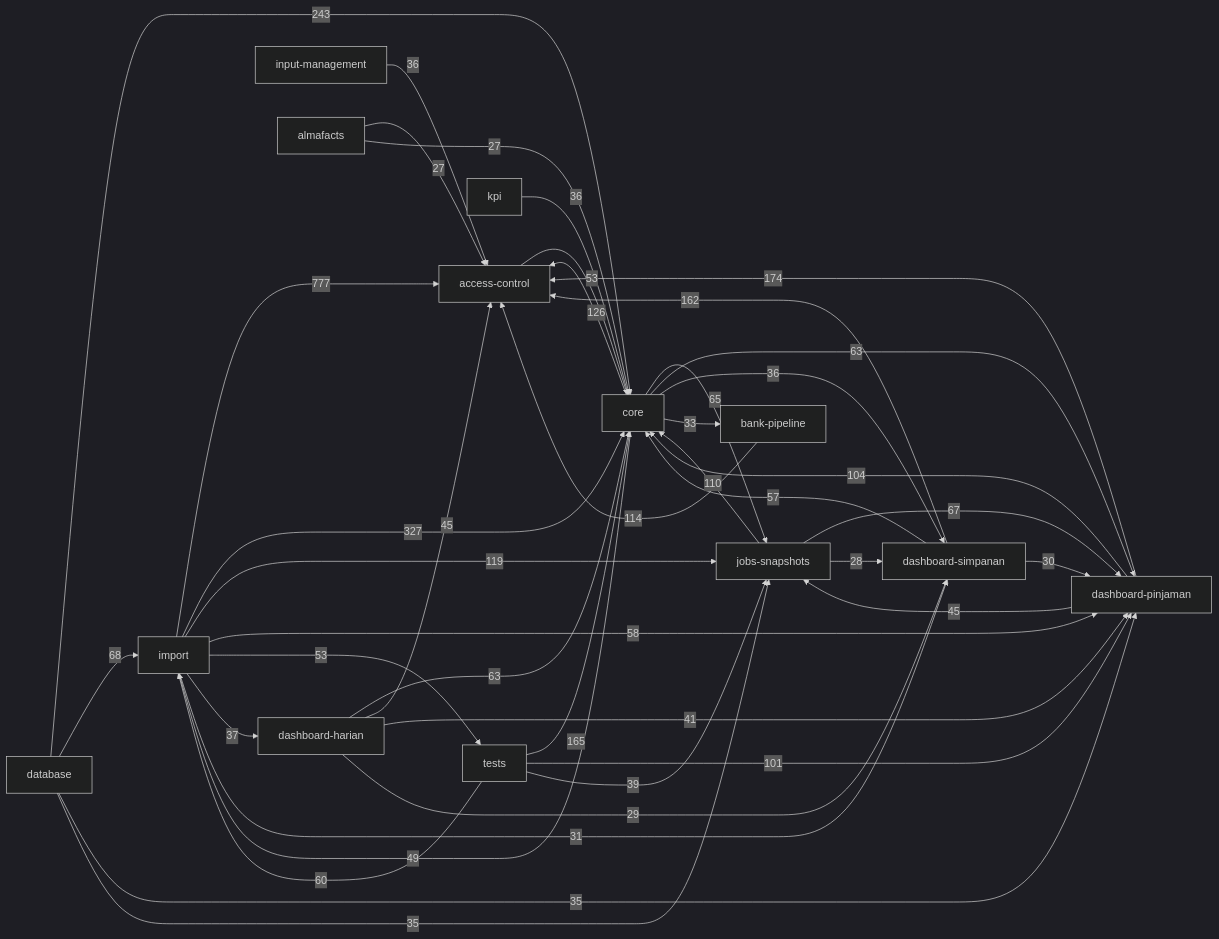
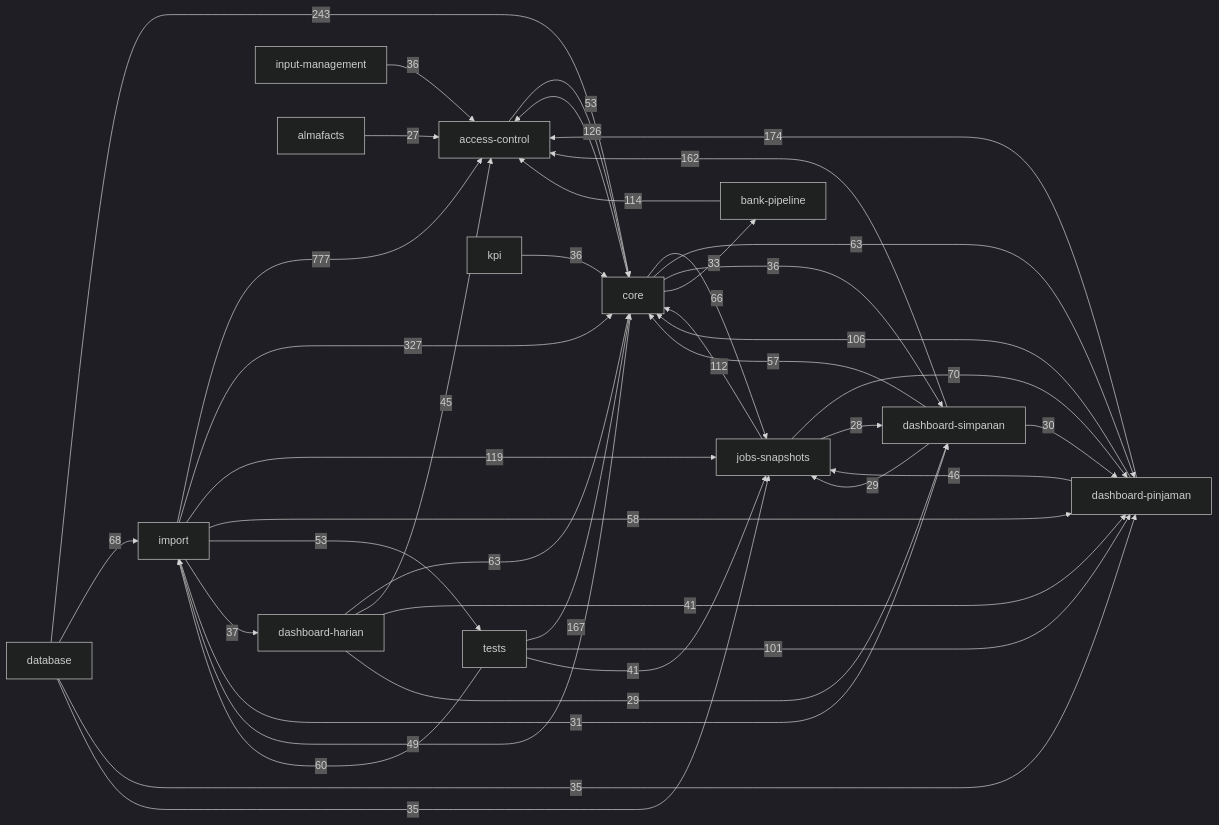
One commit to RizalloN/project-abah changed the diagram in docs/knowledge-graph/ARCHITECTURE.md. Above: the diagram before and after it, drawn with Mermaid (dark theme). The commit also changed other lines of this file and 30 other files, not shown here.

````diff
--- a/docs/knowledge-graph/ARCHITECTURE.md
+++ b/docs/knowledge-graph/ARCHITECTURE.md
@@ -5,43 +5,43 @@
 ```mermaid
 flowchart LR
     d_d942f64886["import"] -->|777| d_c393a69167["access-control"]
     d_d942f64886["import"] -->|327| d_0d45f5fd46["core"]
     d_3549b0028b["database"] -->|243| d_0d45f5fd46["core"]
     d_c1933689a3["dashboard-pinjaman"] -->|174| d_c393a69167["access-control"]
-    d_59830ebc3a["tests"] -->|165| d_0d45f5fd46["core"]
+    d_59830ebc3a["tests"] -->|167| d_0d45f5fd46["core"]
     d_90026ec21f["dashboard-simpanan"] -->|162| d_c393a69167["access-control"]
     d_0d45f5fd46["core"] -->|126| d_c393a69167["access-control"]
     d_d942f64886["import"] -->|119| d_7c16aa6a77["jobs-snapshots"]
     d_39bcb775e4["bank-pipeline"] -->|114| d_c393a69167["access-control"]
-    d_7c16aa6a77["jobs-snapshots"] -->|110| d_0d45f5fd46["core"]
-    d_c1933689a3["dashboard-pinjaman"] -->|104| d_0d45f5fd46["core"]
+    d_7c16aa6a77["jobs-snapshots"] -->|112| d_0d45f5fd46["core"]
+    d_c1933689a3["dashboard-pinjaman"] -->|106| d_0d45f5fd46["core"]
     d_59830ebc3a["tests"] -->|101| d_c1933689a3["dashboard-pinjaman"]
+    d_7c16aa6a77["jobs-snapshots"] -->|70| d_c1933689a3["dashboard-pinjaman"]
     d_3549b0028b["database"] -->|68| d_d942f64886["import"]
-    d_7c16aa6a77["jobs-snapshots"] -->|67| d_c1933689a3["dashboard-pinjaman"]
-    d_0d45f5fd46["core"] -->|65| d_7c16aa6a77["jobs-snapshots"]
+    d_0d45f5fd46["core"] -->|66| d_7c16aa6a77["jobs-snapshots"]
     d_0d45f5fd46["core"] -->|63| d_c1933689a3["dashboard-pinjaman"]
     d_a0a49fdd98["dashboard-harian"] -->|63| d_0d45f5fd46["core"]
     d_59830ebc3a["tests"] -->|60| d_d942f64886["import"]
     d_d942f64886["import"] -->|58| d_c1933689a3["dashboard-pinjaman"]
     d_90026ec21f["dashboard-simpanan"] -->|57| d_0d45f5fd46["core"]
     d_c393a69167["access-control"] -->|53| d_0d45f5fd46["core"]
     d_d942f64886["import"] -->|53| d_59830ebc3a["tests"]
     d_0d45f5fd46["core"] -->|49| d_d942f64886["import"]
-    d_c1933689a3["dashboard-pinjaman"] -->|45| d_7c16aa6a77["jobs-snapshots"]
+    d_c1933689a3["dashboard-pinjaman"] -->|46| d_7c16aa6a77["jobs-snapshots"]
     d_a0a49fdd98["dashboard-harian"] -->|45| d_c393a69167["access-control"]
     d_a0a49fdd98["dashboard-harian"] -->|41| d_c1933689a3["dashboard-pinjaman"]
-    d_59830ebc3a["tests"] -->|39| d_7c16aa6a77["jobs-snapshots"]
+    d_59830ebc3a["tests"] -->|41| d_7c16aa6a77["jobs-snapshots"]
     d_d942f64886["import"] -->|37| d_a0a49fdd98["dashboard-harian"]
     d_0d45f5fd46["core"] -->|36| d_90026ec21f["dashboard-simpanan"]
     d_b70a9d941d["input-management"] -->|36| d_c393a69167["access-control"]
     d_1da4ffdd60["kpi"] -->|36| d_0d45f5fd46["core"]
     d_3549b0028b["database"] -->|35| d_c1933689a3["dashboard-pinjaman"]
     d_3549b0028b["database"] -->|35| d_7c16aa6a77["jobs-snapshots"]
     d_0d45f5fd46["core"] -->|33| d_39bcb775e4["bank-pipeline"]
     d_d942f64886["import"] -->|31| d_90026ec21f["dashboard-simpanan"]
     d_90026ec21f["dashboard-simpanan"] -->|30| d_c1933689a3["dashboard-pinjaman"]
+    d_90026ec21f["dashboard-simpanan"] -->|29| d_7c16aa6a77["jobs-snapshots"]
     d_a0a49fdd98["dashboard-harian"] -->|29| d_90026ec21f["dashboard-simpanan"]
     d_7c16aa6a77["jobs-snapshots"] -->|28| d_90026ec21f["dashboard-simpanan"]
     d_b89824cc5a["almafacts"] -->|27| d_c393a69167["access-control"]
-    d_b89824cc5a["almafacts"] -->|27| d_0d45f5fd46["core"]
 ```
````
